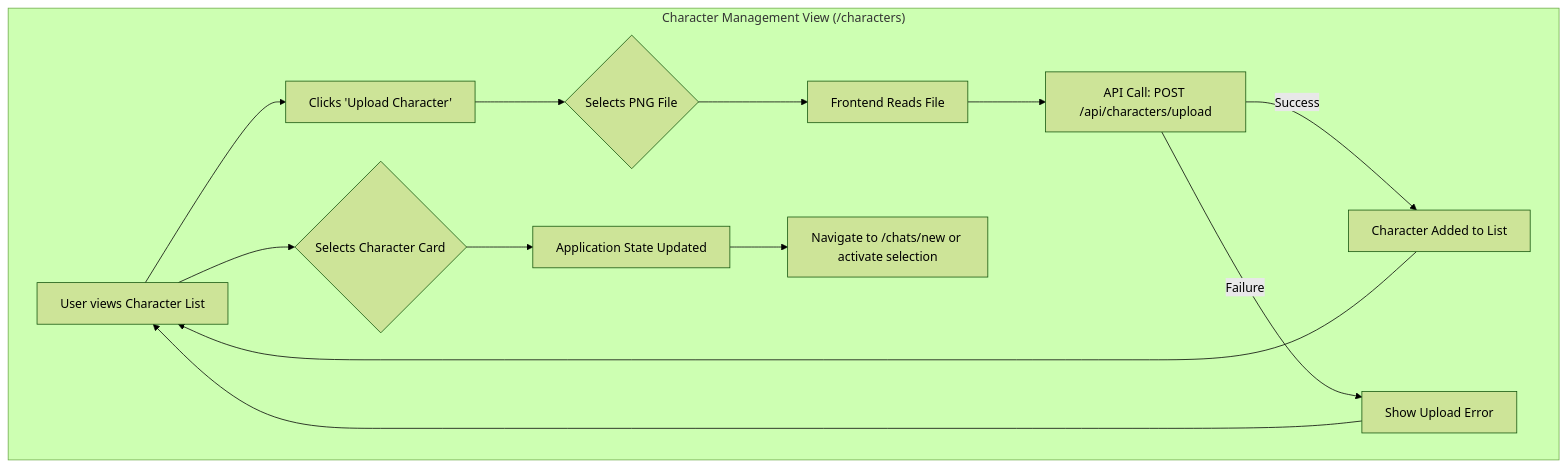
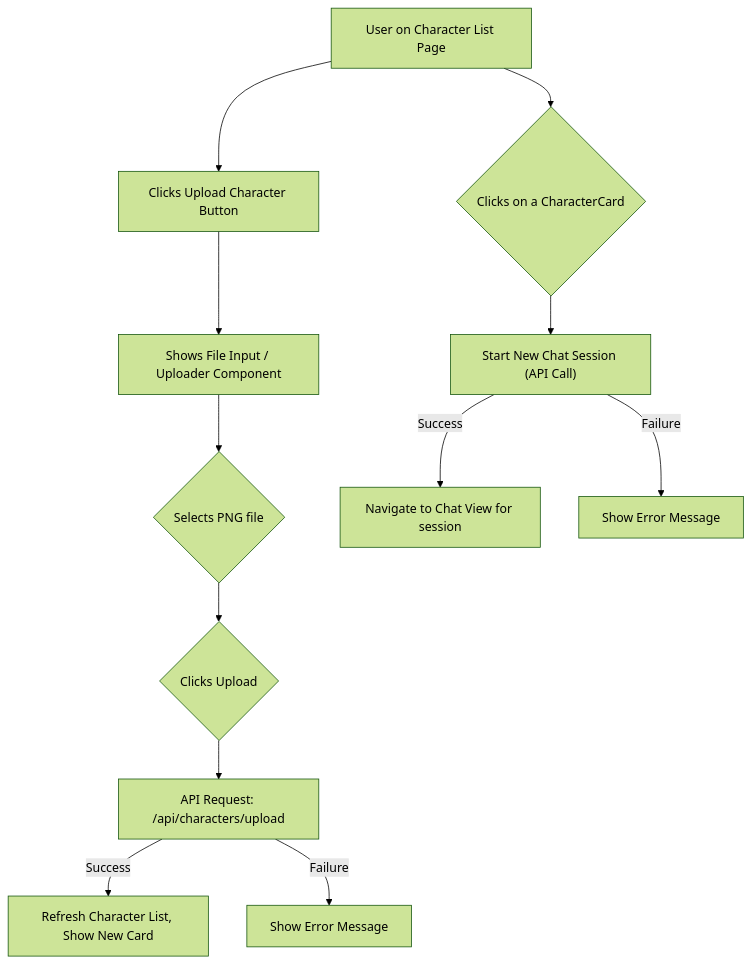
One commit to sanguinehost/scribe changed the second of 4 diagrams in docs/UI_UX_SPECIFICATION.md. Above: the diagram before and after it, drawn with Mermaid (forest theme). The commit also changed other lines of this file and 1 other file, not shown here.

````diff
--- a/docs/UI_UX_SPECIFICATION.md
+++ b/docs/UI_UX_SPECIFICATION.md
@@ -213,16 +241,14 @@
 ```mermaid
 graph TD
-    subgraph CharMgmtView ["Character Management View (/characters)"]
-        A[User views Character List] --> B[Clicks 'Upload Character'];
-        B --> C{Selects PNG File}; 
-        C --> D[Frontend Reads File];
-        D --> E[API Call: POST /api/characters/upload];
-        E -- Success --> F[Character Added to List];
-        E -- Failure --> G[Show Upload Error];
-        F --> A;
-        G --> A;
-        A --> H{Selects Character Card};
-        H --> I[Application State Updated];
-        I --> J[Navigate to /chats/new or activate selection];
-    end
+    A["User on Character List Page"] --> B["Clicks Upload Character Button"];
+    B --> C["Shows File Input / Uploader Component"];
+    C --> D{"Selects PNG file"};
+    D --> E{"Clicks Upload"};
+    E --> F["API Request: /api/characters/upload"];
+    F -- Success --> G["Refresh Character List, Show New Card"];
+    F -- Failure --> H["Show Error Message"];
+    A --> I{"Clicks on a CharacterCard"};
+    I --> J["Start New Chat Session (API Call)"];
+    J -- Success --> K["Navigate to Chat View for session"];
+    J -- Failure --> L["Show Error Message"];
 ```
````
